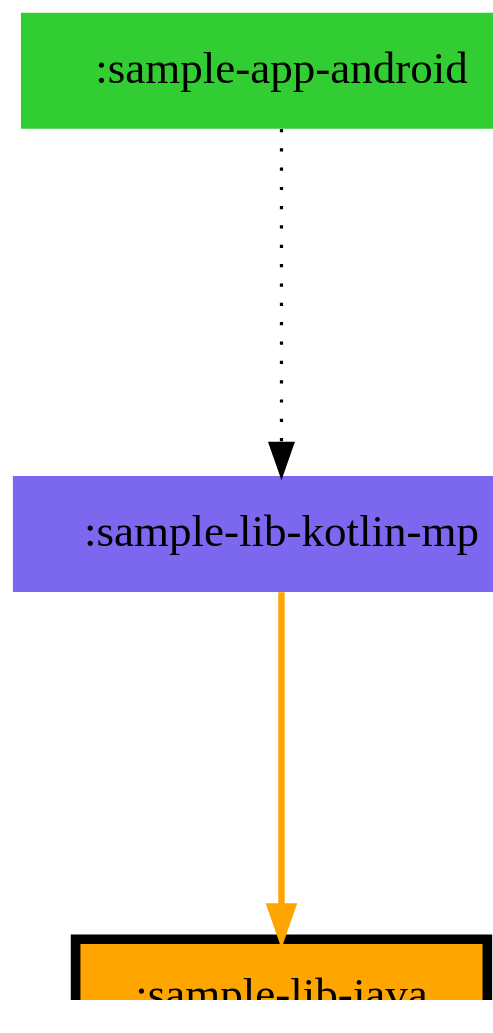
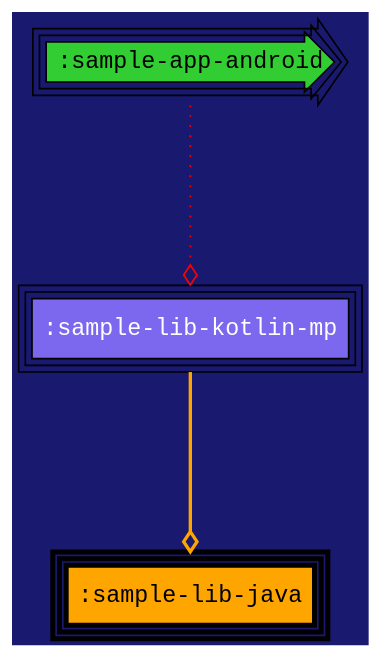
One commit to jonapoul/atlas changed the diagram in samples/sample-graphviz/sample-lib-java/modular/chart.dot. Above: the diagram before and after it, drawn with Graphviz. The commit also changed 52 other files, not shown here.

Commit message:
Add better graphviz attributes  (#262)

```diff
--- a/samples/sample-graphviz/sample-lib-java/modular/chart.dot
+++ b/samples/sample-graphviz/sample-lib-java/modular/chart.dot
@@ -1,10 +1,10 @@
 digraph {
-  edge [arrowhead="normal",arrowtail="none"]
-  graph [bgcolor="transparent",dpi="100",fontsize="30",layout="dot",ranksep="1.5",rankdir="TB"]
-  node [style="filled"]
-  ":sample-app-android" [shape="none",fillcolor="limegreen"]
-  ":sample-lib-java" [shape="box",penwidth="3",fillcolor="orange"]
-  ":sample-lib-kotlin-mp" [shape="none",fillcolor="mediumslateblue"]
+  edge [arrowhead="ediamond",arrowtail="none",color="red",labelfloat="true",fontcolor="lime"]
+  graph [layout="dot",bgcolor="MidnightBlue",fontsize="30",rankdir="TB",ranksep="1.5"]
+  node [fontname="Courier New",peripheries="3",style="filled",shape="box"]
+  ":sample-app-android" [shape="rarrow",style="radial",fillcolor="limegreen"]
+  ":sample-lib-java" [penwidth="3",fillcolor="orange"]
+  ":sample-lib-kotlin-mp" [fontcolor="white",fillcolor="mediumslateblue"]
   ":sample-app-android" -> ":sample-lib-kotlin-mp" [style="dotted"]
   ":sample-lib-kotlin-mp" -> ":sample-lib-java" [style="bold",color="orange"]
 }
```
